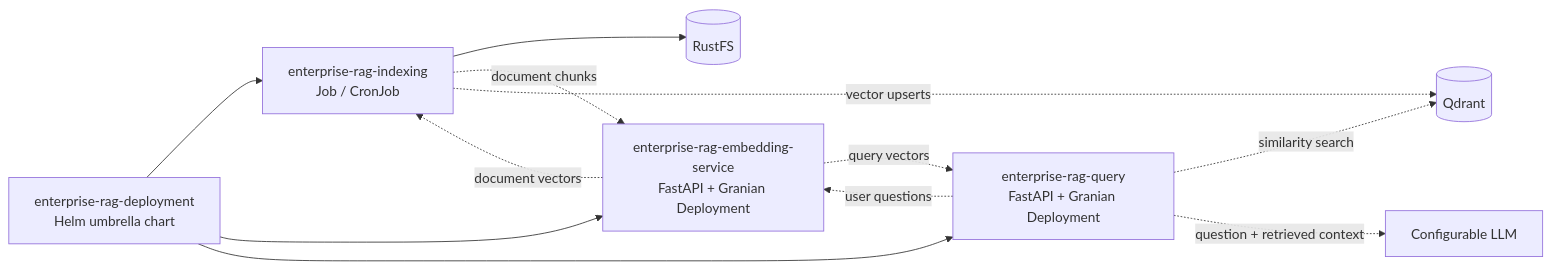
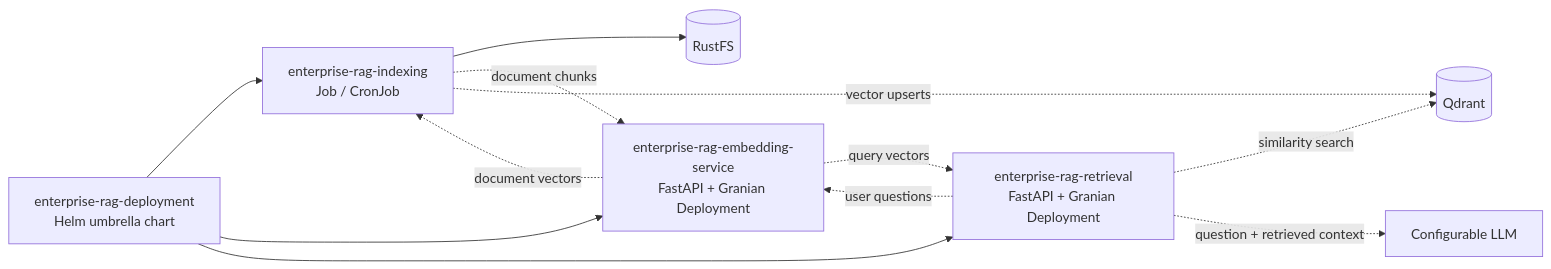
Before and after one commit to tolga-kabadurmus/enterprise-rag: the first of 2 diagrams in README.md, drawn with Mermaid. The commit also changed other lines of this file, not shown here.

````diff
--- a/README.md
+++ b/README.md
@@ -31,22 +31,22 @@
 ```mermaid
 flowchart LR
     Deployment[enterprise-rag-deployment<br/>Helm umbrella chart]
     Indexing[enterprise-rag-indexing<br/>Job / CronJob]
     Embedding[enterprise-rag-embedding-service<br/>FastAPI + Granian Deployment]
-    Query[enterprise-rag-query<br/>FastAPI + Granian Deployment]
+    Query[enterprise-rag-retrieval<br/>FastAPI + Granian Deployment]
     RustFS[(RustFS)]
     Qdrant[(Qdrant)]
     LLM[Configurable LLM]
 
     Deployment --> Indexing
     Deployment --> Embedding
     Deployment --> Query
     Indexing --> RustFS
     Indexing -. document chunks .-> Embedding
     Embedding -. document vectors .-> Indexing
     Indexing -. vector upserts .-> Qdrant
     Query -. user questions .-> Embedding
     Embedding -. query vectors .-> Query
     Query -. similarity search .-> Qdrant
     Query -. question + retrieved context .-> LLM
 ```
````
